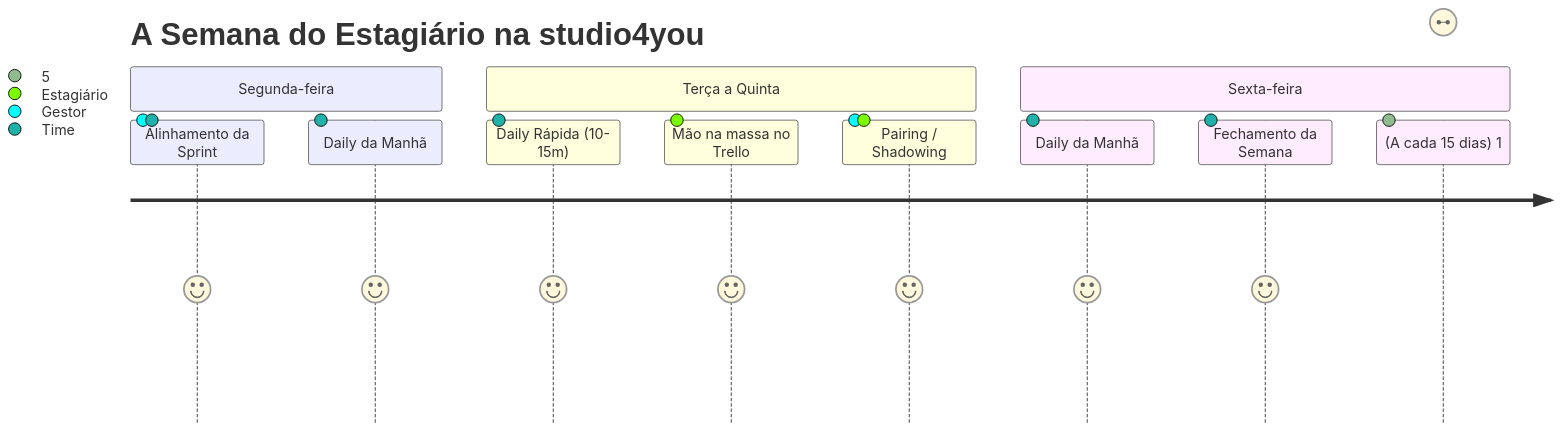
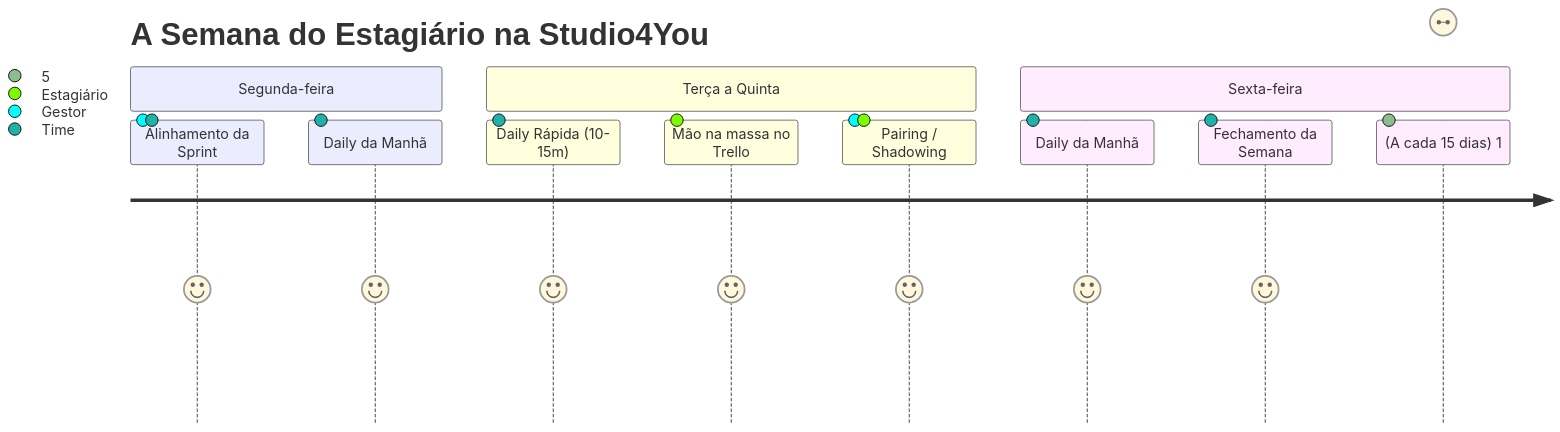
The diagram in docs/04-rituais-e-reunioes.md (Roliveira96/manual-do-calouro), drawn with Mermaid before and after one commit. The commit also changed other lines of this file and 15 other files, not shown here.

Commit message:
docs: padroniza a grafia da marca para Studio4You

````diff
--- a/docs/04-rituais-e-reunioes.md
+++ b/docs/04-rituais-e-reunioes.md
@@ -22,15 +22,15 @@
 ```mermaid
 journey
-    title A Semana do Estagiário na studio4you
+    title A Semana do Estagiário na Studio4You
     section Segunda-feira
       Alinhamento da Sprint: 5: Gestor, Time
       Daily da Manhã: 5: Time
     section Terça a Quinta
       Daily Rápida (10-15m): 5: Time
       Mão na massa no Trello: 5: Estagiário
       Pairing / Shadowing: 5: Gestor, Estagiário
     section Sexta-feira
       Daily da Manhã: 5: Time
       Fechamento da Semana: 5: Time
       (A cada 15 dias) 1:1 e Relatório: 5: Gestor, Estagiário
 ```
````
